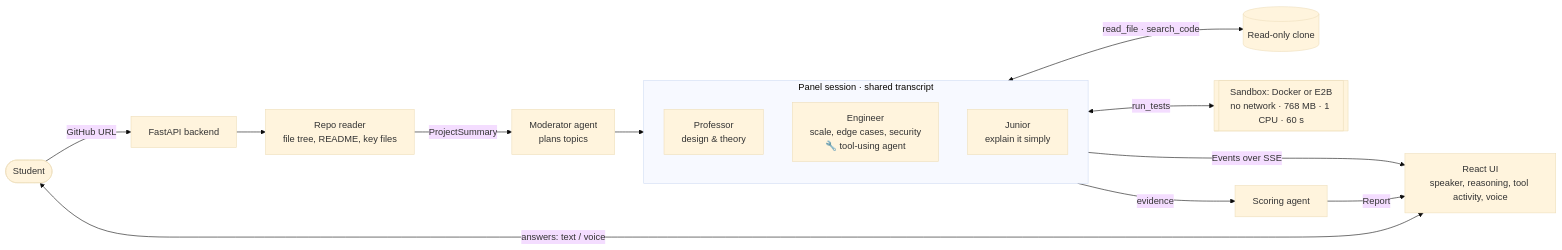
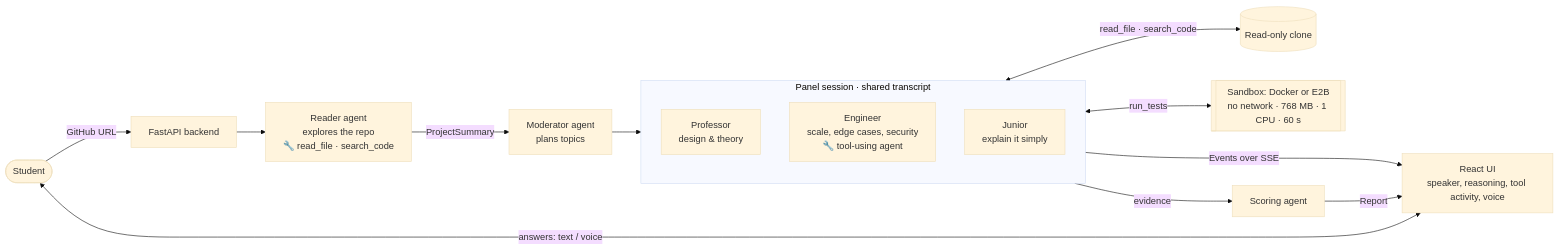
One commit to goyalnishtha841/vivapanel changed the first of 3 diagrams in docs/architecture.md. Above: the diagram before and after it, drawn with Mermaid (base theme). The commit also changed other lines of this file and 5 other files, not shown here.

Commit message:
Agentic repo reader: an agent explores the repo to choose the files the panel examines

````diff
--- a/docs/architecture.md
+++ b/docs/architecture.md
@@ -7,21 +7,21 @@
 ```mermaid
 flowchart LR
     S([Student]) -->|GitHub URL| API[FastAPI backend]
-    API --> RR[Repo reader<br/>file tree, README, key files]
+    API --> RR[Reader agent<br/>explores the repo<br/>🔧 read_file · search_code]
     RR -->|ProjectSummary| MOD[Moderator agent<br/>plans topics]
     MOD --> PANEL
 
     subgraph PANEL [Panel session · shared transcript]
         direction TB
         P[Professor<br/>design & theory]
         E[Engineer<br/>scale, edge cases, security<br/>🔧 tool-using agent]
         J[Junior<br/>explain it simply]
     end
 
     E <-->|read_file · search_code| REPO[(Read-only clone)]
     E <-->|run_tests| BOX[[Sandbox: Docker or E2B<br/>no network · 768 MB · 1 CPU · 60 s]]
     PANEL -->|Events over SSE| UI[React UI<br/>speaker, reasoning, tool activity, voice]
     S <-->|answers: text / voice| UI
     PANEL -->|evidence| SC[Scoring agent]
     SC -->|Report| UI
 ```
````
